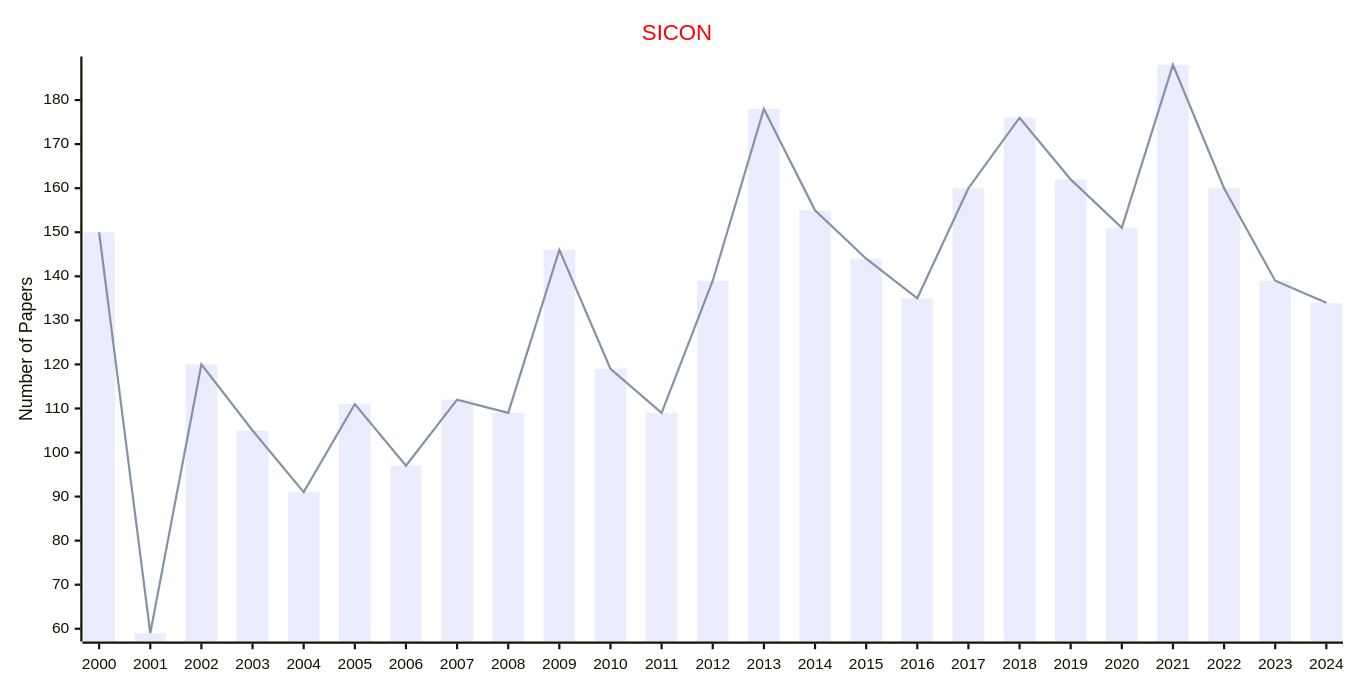
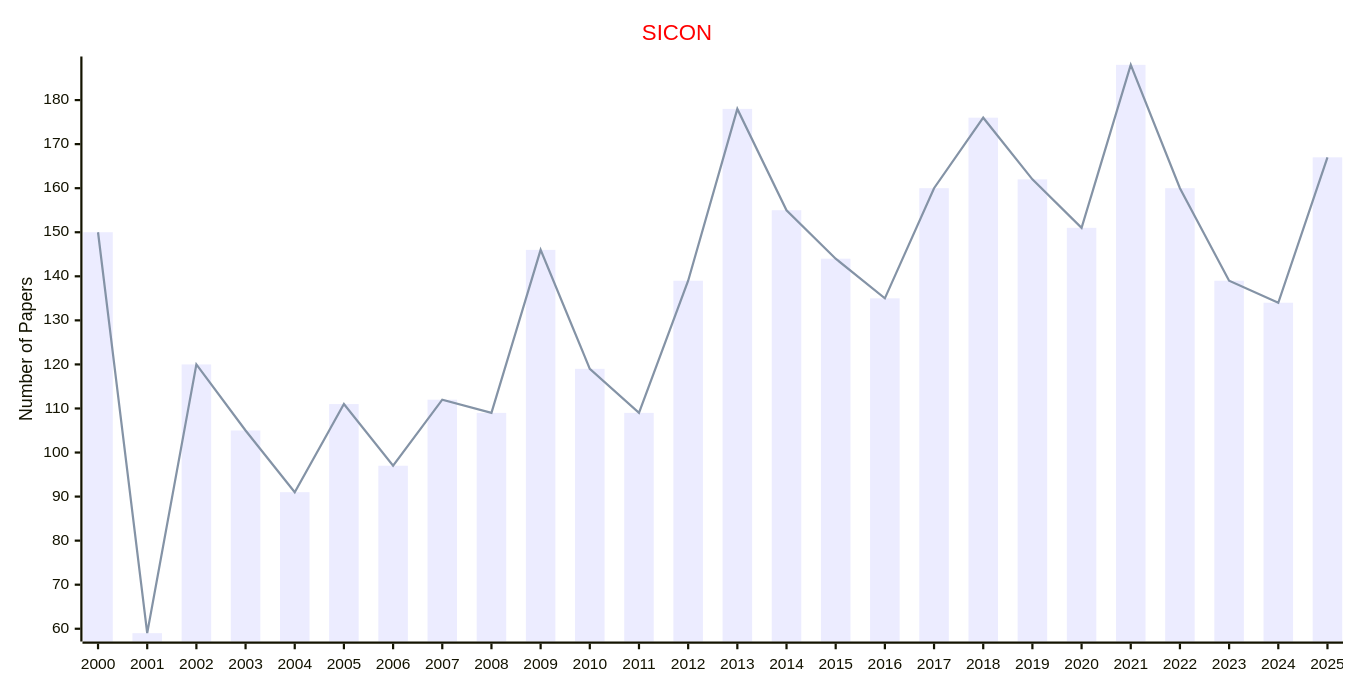
The seventh of 9 diagrams in docs/data/Journals/Statistics_Journals/Control_and_Automation.md (Easy-PhD/AILinks), drawn with Mermaid before and after one commit. The commit also changed other lines of this file and 93 other files, not shown here.

````diff
--- a/docs/data/Journals/Statistics_Journals/Control_and_Automation.md
+++ b/docs/data/Journals/Statistics_Journals/Control_and_Automation.md
@@ -153,17 +153,17 @@
 ```mermaid
 ---
 config:
     xyChart:
         width: 1200
         height: 600
     themeVariables:
         xyChart:
             titleColor: "#ff0000"
 ---
 xychart-beta
     title "SICON"
-    x-axis [2000, 2001, 2002, 2003, 2004, 2005, 2006, 2007, 2008, 2009, 2010, 2011, 2012, 2013, 2014, 2015, 2016, 2017, 2018, 2019, 2020, 2021, 2022, 2023, 2024]
+    x-axis [2000, 2001, 2002, 2003, 2004, 2005, 2006, 2007, 2008, 2009, 2010, 2011, 2012, 2013, 2014, 2015, 2016, 2017, 2018, 2019, 2020, 2021, 2022, 2023, 2024, 2025]
     y-axis "Number of Papers"
-    bar [150, 59, 120, 105, 91, 111, 97, 112, 109, 146, 119, 109, 139, 178, 155, 144, 135, 160, 176, 162, 151, 188, 160, 139, 134]
-    line [150, 59, 120, 105, 91, 111, 97, 112, 109, 146, 119, 109, 139, 178, 155, 144, 135, 160, 176, 162, 151, 188, 160, 139, 134]
+    bar [150, 59, 120, 105, 91, 111, 97, 112, 109, 146, 119, 109, 139, 178, 155, 144, 135, 160, 176, 162, 151, 188, 160, 139, 134, 167]
+    line [150, 59, 120, 105, 91, 111, 97, 112, 109, 146, 119, 109, 139, 178, 155, 144, 135, 160, 176, 162, 151, 188, 160, 139, 134, 167]
 ```
````
